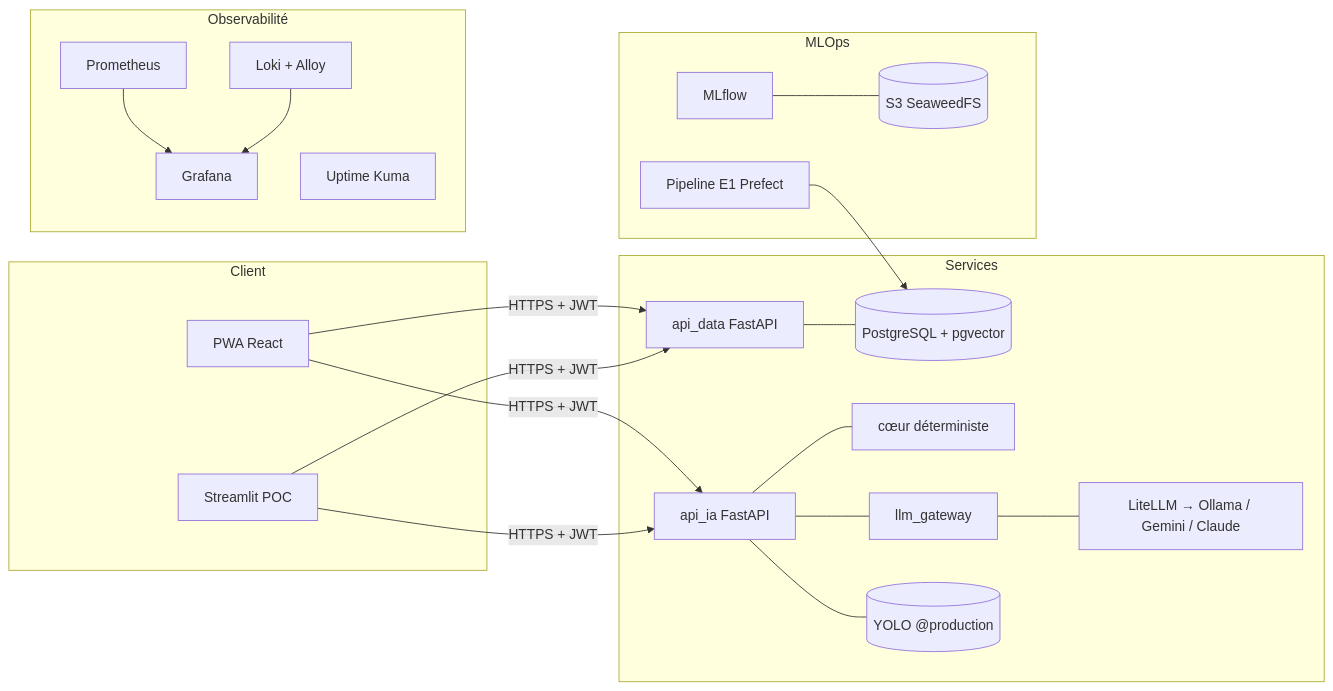
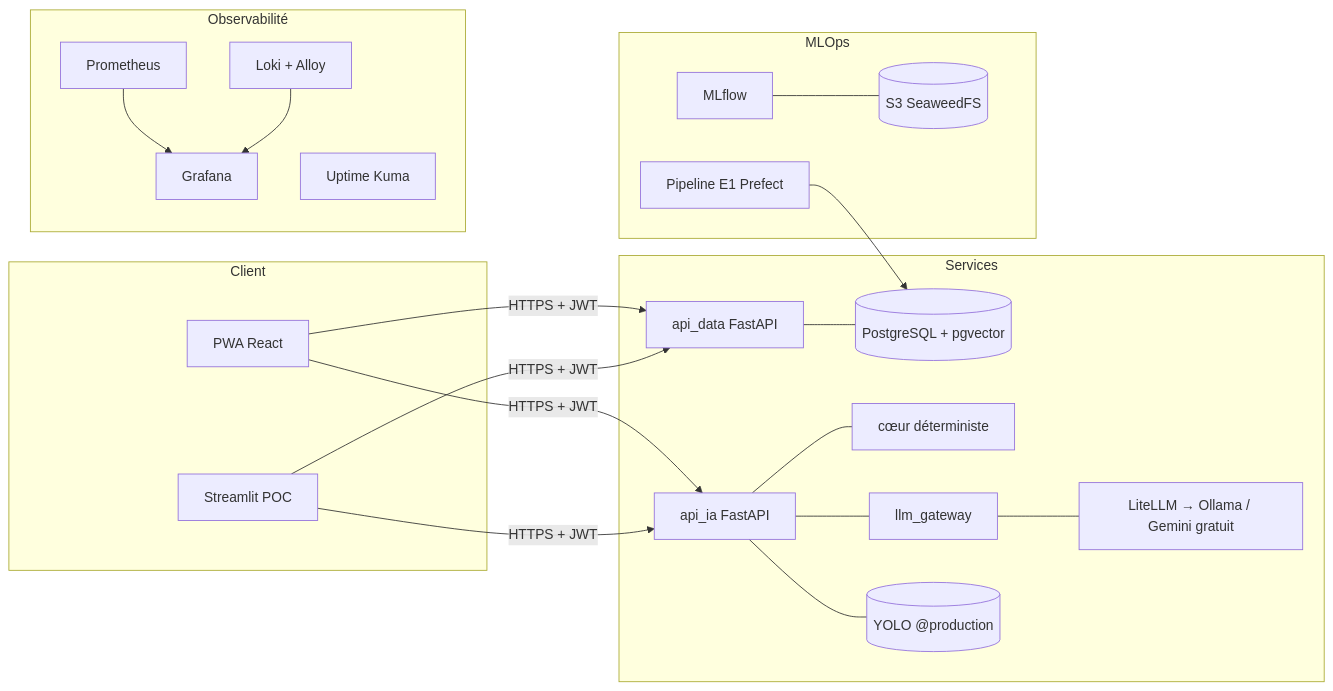
One commit to gprodi/PCO changed the first of 2 diagrams in microforge/docs/E4/architecture.md. Above: the diagram before and after it, drawn with Mermaid. The commit also changed 29 other files, not shown here.

````diff
--- a/microforge/docs/E4/architecture.md
+++ b/microforge/docs/E4/architecture.md
@@ -4,20 +4,20 @@
 ```mermaid
 flowchart LR
   subgraph Client
     PWA[PWA React] & ST[Streamlit POC]
   end
   subgraph Services
     DATA[api_data FastAPI] --- PG[(PostgreSQL + pgvector)]
     IA[api_ia FastAPI] --- CORE[cœur déterministe]
-    IA --- GW[llm_gateway] --- LLM[LiteLLM → Ollama / Gemini / Claude]
+    IA --- GW[llm_gateway] --- LLM[LiteLLM → Ollama / Gemini gratuit]
     IA --- MODEL[(YOLO @production)]
   end
   subgraph MLOps
     MLF[MLflow] --- S3[(S3 SeaweedFS)]
     PIPE[Pipeline E1 Prefect] --> PG
   end
   subgraph Observabilité
     PROM[Prometheus] --> GRAF[Grafana] ; LOKI[Loki + Alloy] --> GRAF ; KUMA[Uptime Kuma]
   end
   PWA & ST -->|HTTPS + JWT| DATA & IA
 ```
````
